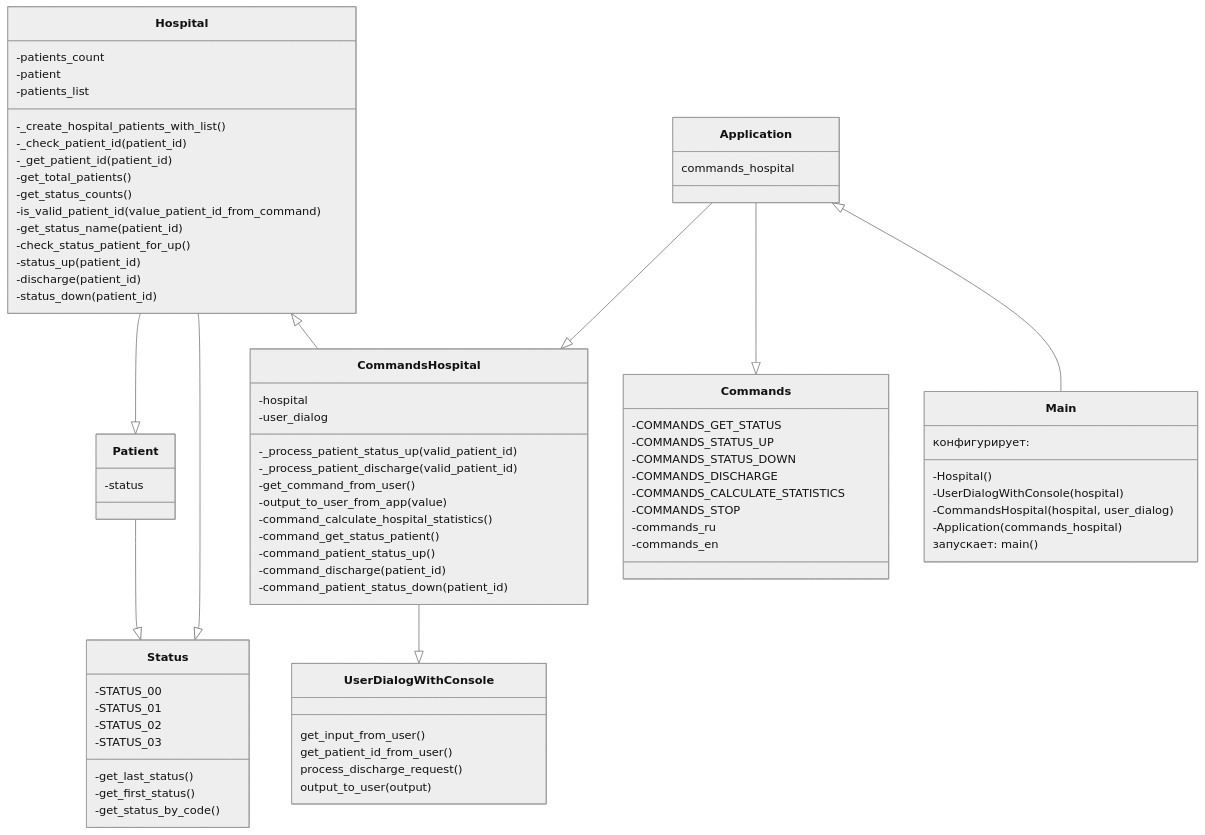
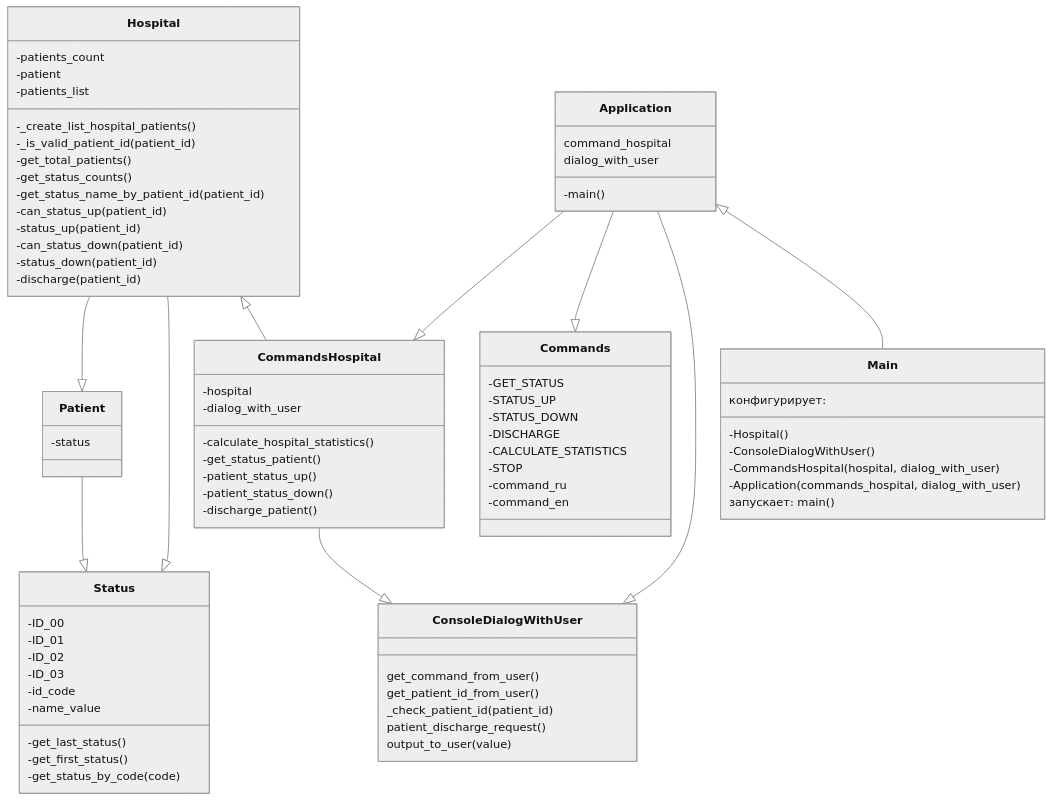
One commit to NikitaSivolobov/hospital_app changed the first of 2 diagrams in README.md. Above: the diagram before and after it, drawn with Mermaid (neutral theme). The commit also changed other lines of this file and 11 other files, not shown here.

````diff
--- a/README.md
+++ b/README.md
@@ -56,80 +56,81 @@
     Hospital --|> Status
     Patient --|> Status
     Hospital <|-- CommandsHospital
-    CommandsHospital --|> UserDialogWithConsole
+    CommandsHospital --|> ConsoleDialogWithUser
     Application --|> CommandsHospital
     Application --|> Commands
+    Application --|> ConsoleDialogWithUser
     Application <|-- Main
     
     class Hospital{
       -patients_count
       -patient
       -patients_list
-      -_create_hospital_patients_with_list()
-      -_check_patient_id(patient_id)
-      -_get_patient_id(patient_id)
+      -_create_list_hospital_patients()
+      -_is_valid_patient_id(patient_id)
       -get_total_patients()
       -get_status_counts()
-      -is_valid_patient_id(value_patient_id_from_command)
-      -get_status_name(patient_id)
-      -check_status_patient_for_up()
+      -get_status_name_by_patient_id(patient_id)
+      -can_status_up(patient_id)
       -status_up(patient_id)
+      -can_status_down(patient_id)
+      -status_down(patient_id)
       -discharge(patient_id)
-      -status_down(patient_id)
     }
     class Patient{
       -status
     }
     
     class Status{
-      -STATUS_00
-      -STATUS_01
-      -STATUS_02
-      -STATUS_03
+      -ID_00
+      -ID_01
+      -ID_02
+      -ID_03
+      -id_code
+      -name_value
       -get_last_status()
       -get_first_status()
-      -get_status_by_code()
+      -get_status_by_code(code)
     }
     class Commands{
-      -COMMANDS_GET_STATUS
-      -COMMANDS_STATUS_UP
-      -COMMANDS_STATUS_DOWN
-      -COMMANDS_DISCHARGE
-      -COMMANDS_CALCULATE_STATISTICS
-      -COMMANDS_STOP
+      -GET_STATUS
+      -STATUS_UP
+      -STATUS_DOWN
+      -DISCHARGE
+      -CALCULATE_STATISTICS
+      -STOP
 
-      -commands_ru
-      -commands_en
+      -command_ru
+      -command_en
     }
-    class UserDialogWithConsole{
-        get_input_from_user()
+    class ConsoleDialogWithUser{
+        get_command_from_user()
         get_patient_id_from_user()
-        process_discharge_request()
-        output_to_user(output)
+        _check_patient_id(patient_id)
+        patient_discharge_request()
+        output_to_user(value)
     }
     class CommandsHospital{
       -hospital
-      -user_dialog
+      -dialog_with_user
     
-      -_process_patient_status_up(valid_patient_id)
-      -_process_patient_discharge(valid_patient_id)
-      -get_command_from_user()
-      -output_to_user_from_app(value)
-      -command_calculate_hospital_statistics()
-      -command_get_status_patient()
-      -command_patient_status_up()
-      -command_discharge(patient_id)
-      -command_patient_status_down(patient_id)
+      -calculate_hospital_statistics()
+      -get_status_patient()
+      -patient_status_up()
+      -patient_status_down()
+      -discharge_patient()
     }
     class Application{
-        commands_hospital
+        command_hospital
+        dialog_with_user
+        -main()
     }
     class Main{
         конфигурирует:
         -Hospital()
-        -UserDialogWithConsole(hospital)
-        -CommandsHospital(hospital, user_dialog)
-        -Application(commands_hospital)
+        -ConsoleDialogWithUser()
+        -CommandsHospital(hospital, dialog_with_user)
+        -Application(commands_hospital, dialog_with_user)
         запускает: main()
     }
 ```
````
